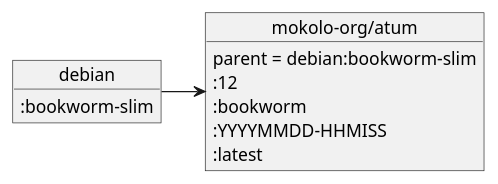
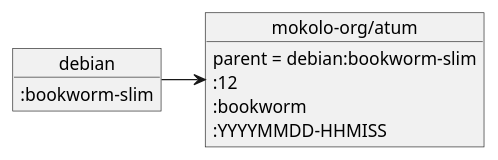
One commit to fredvos/atum-bookworm changed the diagram in doc/inheritance.puml. Above: the diagram before and after it, drawn with PlantUML. The commit also changed 2 other files, not shown here.

Commit message:
Trixie is latest now

```diff
--- a/doc/inheritance.puml
+++ b/doc/inheritance.puml
@@ -1,16 +1,15 @@
 @startuml
 top to bottom direction
 
 object debian
 object "mokolo-org/atum" as atum
 
 debian -> atum
 
 debian : :bookworm-slim
 
 atum : parent = debian:bookworm-slim
 atum : :12
 atum : :bookworm
 atum : :YYYYMMDD-HHMISS
-atum : :latest
 @enduml
```
